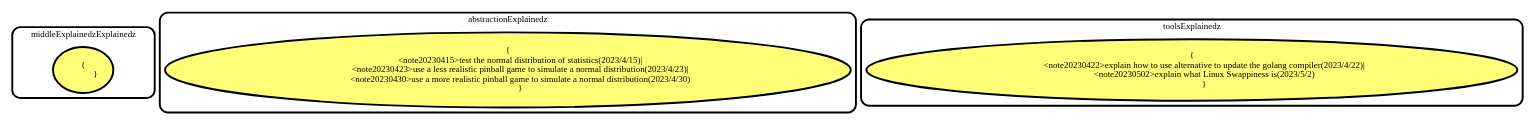
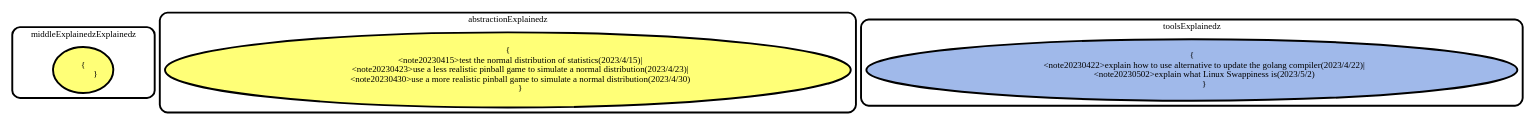
Before and after one commit to panhongrainbow/panhongrainbow.github.io: the diagram in roadmap/subRoadmaps/08otherNode.dot, drawn with Graphviz. The commit also changed 5 other files, not shown here.

First line of the commit message:
[roadmap] records work on May 10, 2023.

```diff
--- a/roadmap/subRoadmaps/08otherNode.dot
+++ b/roadmap/subRoadmaps/08otherNode.dot
@@ -1,34 +1,34 @@
 digraph SubRoadmap {
     // (8) other node
     subgraph cluster_middle_explain {
     label="middleExplainedzExplainedz";
     style=rounded;
     penwidth=3;
     node [style=filled, penwidth=3, fillcolor="#FFFF77"];
     middleExplainStack [label="{
             }", height=1];
     }
     
     subgraph cluster_abstraction_explain {
         label="abstractionExplainedz";
         style=rounded;
         penwidth=3;
         node [style=filled, penwidth=3, fillcolor="#FFFF77"];
         abstractionExplainStack [label="{
             <note20230415>test the normal distribution of statistics(2023/4/15)|
             <note20230423>use a less realistic pinball game to simulate a normal distribution(2023/4/23)|
             <note20230430>use a more realistic pinball game to simulate a normal distribution(2023/4/30)
             }", height=1];
     }
     
     subgraph cluster_tools_explain {
         label="toolsExplainedz";
         style=rounded;
         penwidth=3;
-        node [style=filled, penwidth=3, fillcolor="#FFFF77"];
+        node [style=filled, penwidth=3, fillcolor="#A0B9EA"];
         toolsExplainStack [label="{
             <note20230422>explain how to use alternative to update the golang compiler(2023/4/22)|
             <note20230502>explain what Linux Swappiness is(2023/5/2)
             }", height=1];
     }
 /*end*/}
```
